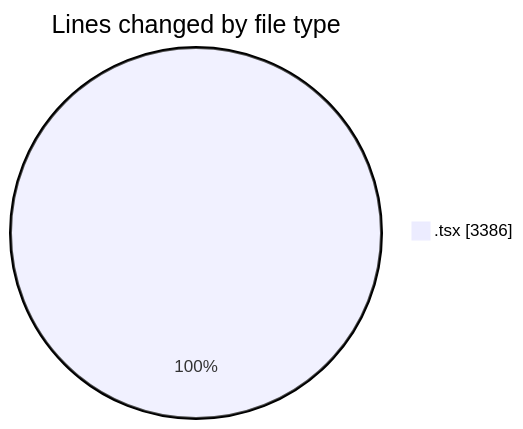
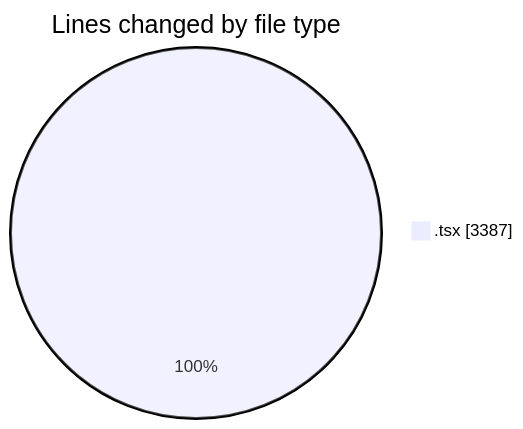
The first of 2 diagrams in 2026-06-08/nxtqube_webapp/README.md (nxtqubesakshisongat/code-tracking), drawn with Mermaid before and after one commit. The commit also changed other lines of this file and 1 other file, not shown here.

````diff
--- a/2026-06-08/nxtqube_webapp/README.md
+++ b/2026-06-08/nxtqube_webapp/README.md
@@ -23,5 +24,5 @@
 ```mermaid
 pie showData
 title Lines changed by file type
-".tsx" : 3386
+".tsx" : 3387
 ```
````
